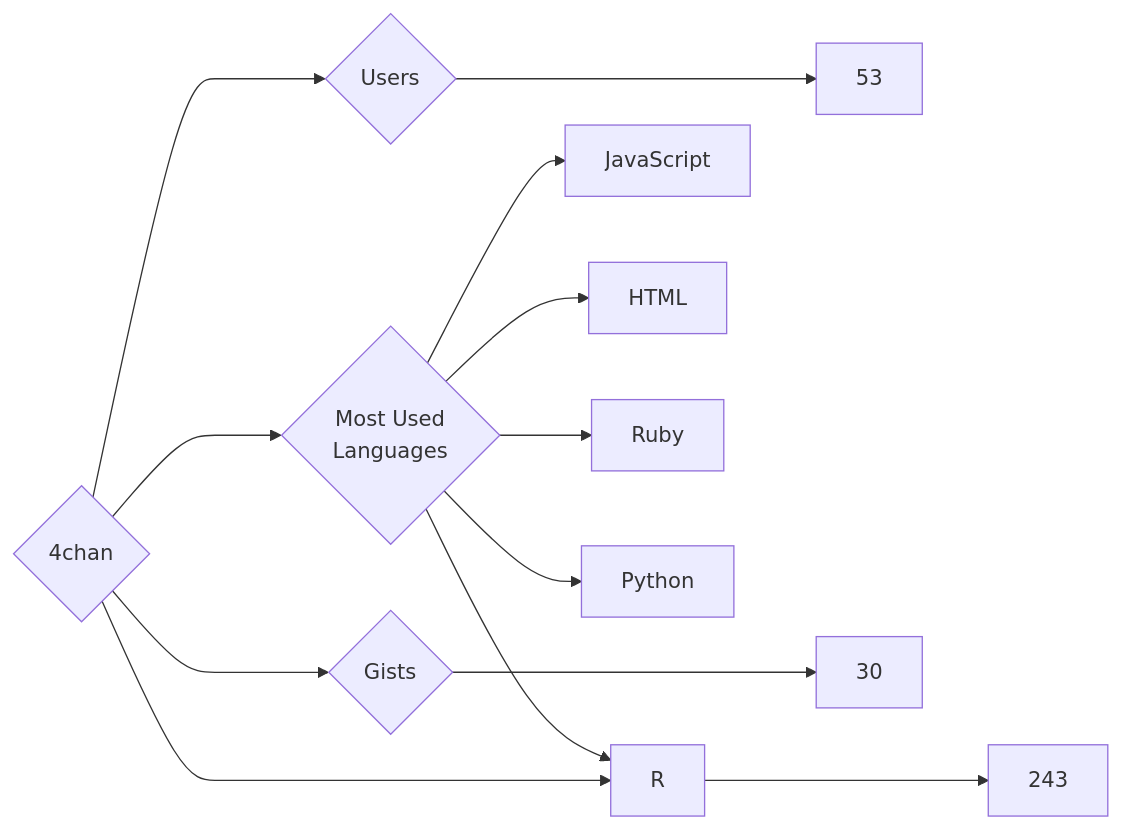
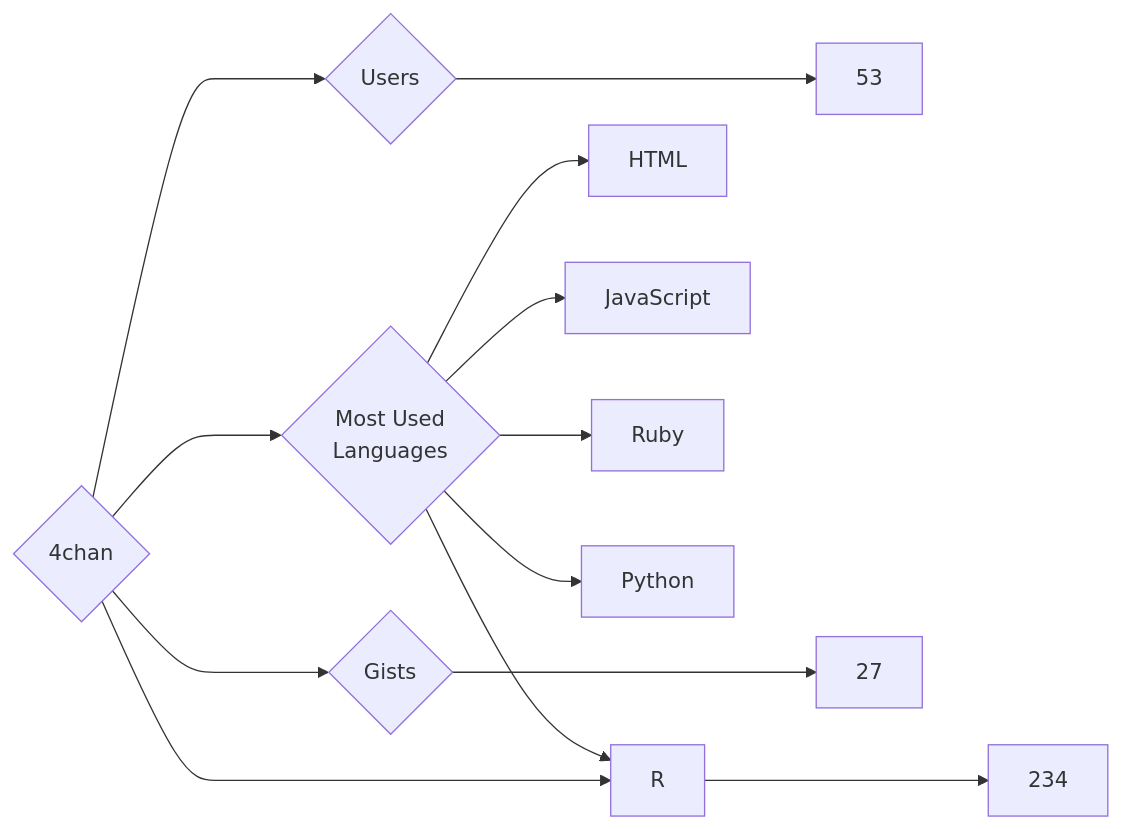
One commit to trickest/insiders changed the diagram in targets/4chan/README.md. Above: the diagram before and after it, drawn with Mermaid. The commit also changed 912 other files, not shown here.

````diff
--- a/targets/4chan/README.md
+++ b/targets/4chan/README.md
@@ -3,13 +3,13 @@
 ```mermaid
 graph LR
 COMPANY_NAME{4chan}
 COMPANY_NAME ---> U{Users} ---> UN[53]
-COMPANY_NAME ---> R{Repositories} ---> RN[243]
-COMPANY_NAME ---> G{Gists} ---> GN[30]
+COMPANY_NAME ---> R{Repositories} ---> RN[234]
+COMPANY_NAME ---> G{Gists} ---> GN[27]
 COMPANY_NAME ---> ML{Most Used<br>Languages}
+ML --> HTML[HTML]
 ML --> JavaScript[JavaScript]
-ML --> HTML[HTML]
 ML --> Ruby[Ruby]
 ML --> Python[Python]
 ML --> R[R]
 ```
````
